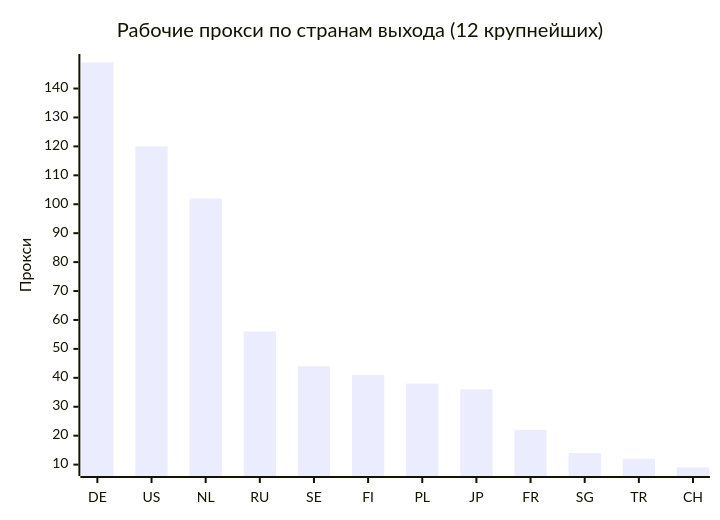
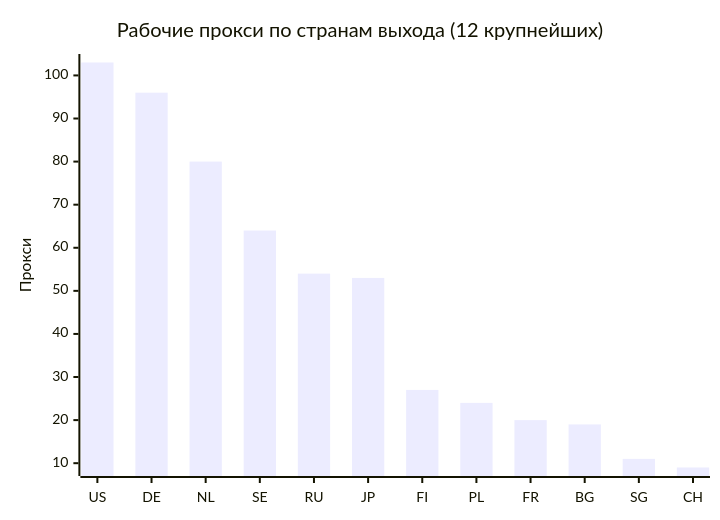
One commit to rvvg/proxy-subs changed the second of 4 diagrams in README.md. Above: the diagram before and after it, drawn with Mermaid. The commit also changed other lines of this file and 45 other files, not shown here.

````diff
--- a/README.md
+++ b/README.md
@@ -125,7 +123,7 @@
 ```mermaid
 xychart-beta
     title "Рабочие прокси по странам выхода (12 крупнейших)"
-    x-axis ["DE", "US", "NL", "RU", "SE", "FI", "PL", "JP", "FR", "SG", "TR", "CH"]
+    x-axis ["US", "DE", "NL", "SE", "RU", "JP", "FI", "PL", "FR", "BG", "SG", "CH"]
     y-axis "Прокси"
-    bar [149, 120, 102, 56, 44, 41, 38, 36, 22, 14, 12, 9]
+    bar [103, 96, 80, 64, 54, 53, 27, 24, 20, 19, 11, 9]
 ```
````
